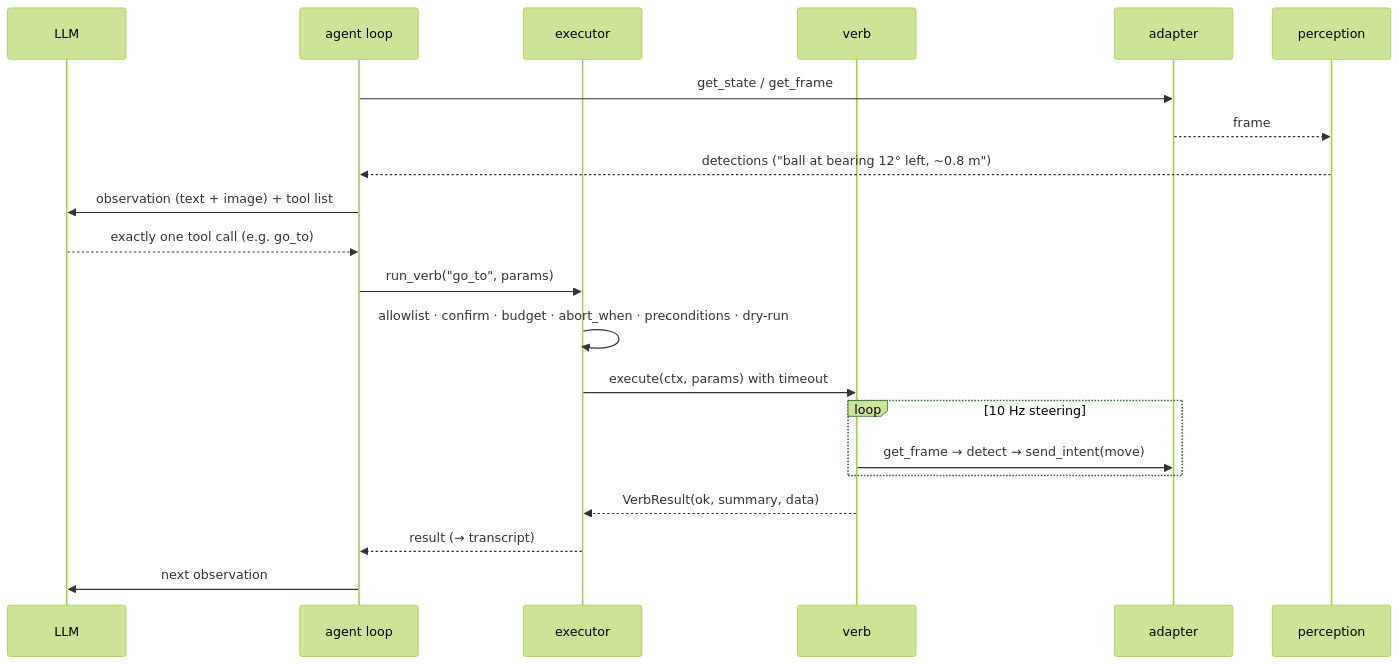
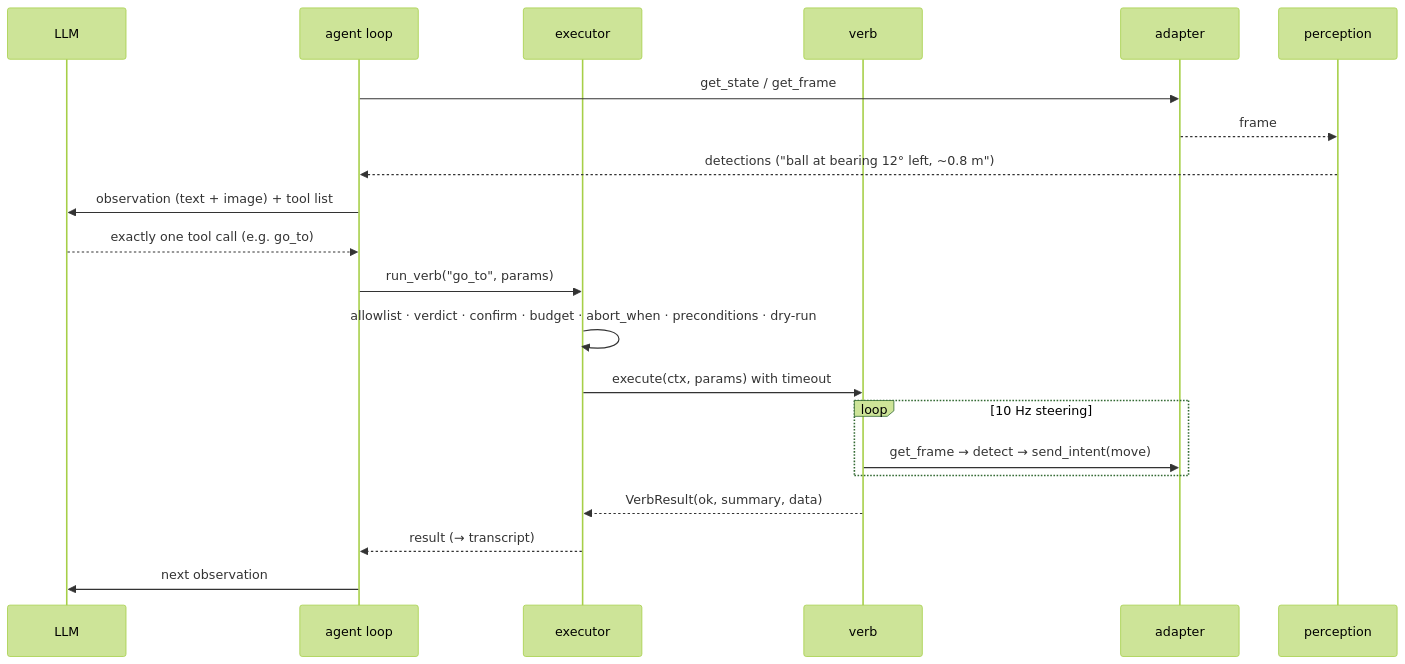
The diagram in docs/architecture.md (mantoumaster/quackd), drawn with Mermaid (forest theme) before and after one commit. The commit also changed other lines of this file and 23 other files, not shown here.

````diff
--- a/docs/architecture.md
+++ b/docs/architecture.md
@@ -37,23 +37,23 @@
 ```mermaid
 sequenceDiagram
     participant L as LLM
     participant A as agent loop
     participant E as executor
     participant V as verb
     participant T as adapter
     participant P as perception
     A->>T: get_state / get_frame
     T-->>P: frame
     P-->>A: detections ("ball at bearing 12° left, ~0.8 m")
     A->>L: observation (text + image) + tool list
     L-->>A: exactly one tool call (e.g. go_to)
     A->>E: run_verb("go_to", params)
-    E->>E: allowlist · confirm · budget · abort_when · preconditions · dry-run
+    E->>E: allowlist · verdict · confirm · budget · abort_when · preconditions · dry-run
     E->>V: execute(ctx, params) with timeout
     loop 10 Hz steering
         V->>T: get_frame → detect → send_intent(move)
     end
     V-->>E: VerbResult(ok, summary, data)
     E-->>A: result (→ transcript)
     A->>L: next observation
 ```
````
